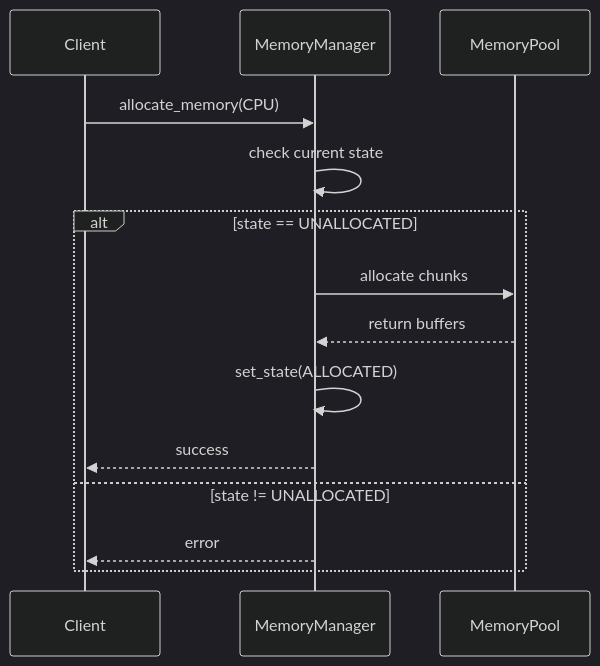
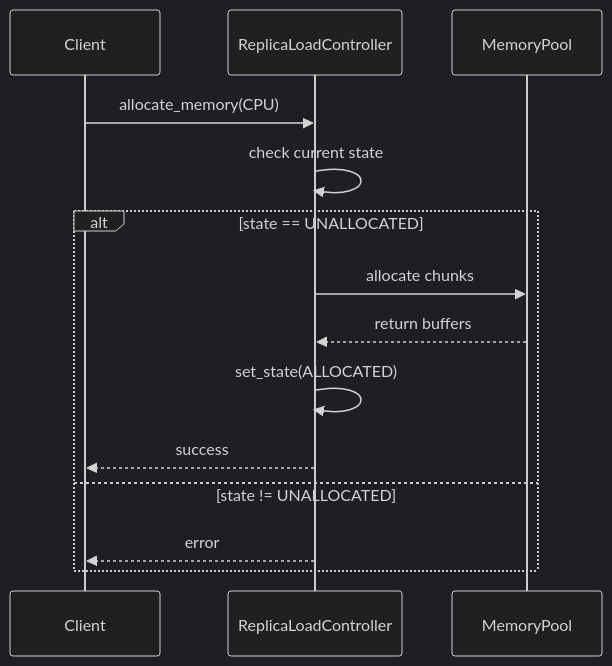
Before and after one commit to tensorcast-ai/tensorcast: the fourth of 7 diagrams in core/store/docs/state-management.md, drawn with Mermaid (dark theme). The commit also changed other lines of this file and 155 other files, not shown here.

````diff
--- a/core/store/docs/state-management.md
+++ b/core/store/docs/state-management.md
@@ -150,17 +150,17 @@
 ```mermaid
 sequenceDiagram
     participant Client
-    participant MM as MemoryManager
+    participant MM as ReplicaLoadController
     participant Pool as MemoryPool
 
     Client->>MM: allocate_memory(CPU)
     MM->>MM: check current state
     alt state == UNALLOCATED
         MM->>Pool: allocate chunks
         Pool-->>MM: return buffers
         MM->>MM: set_state(ALLOCATED)
         MM-->>Client: success
     else state != UNALLOCATED
         MM-->>Client: error
     end
 ```
````
